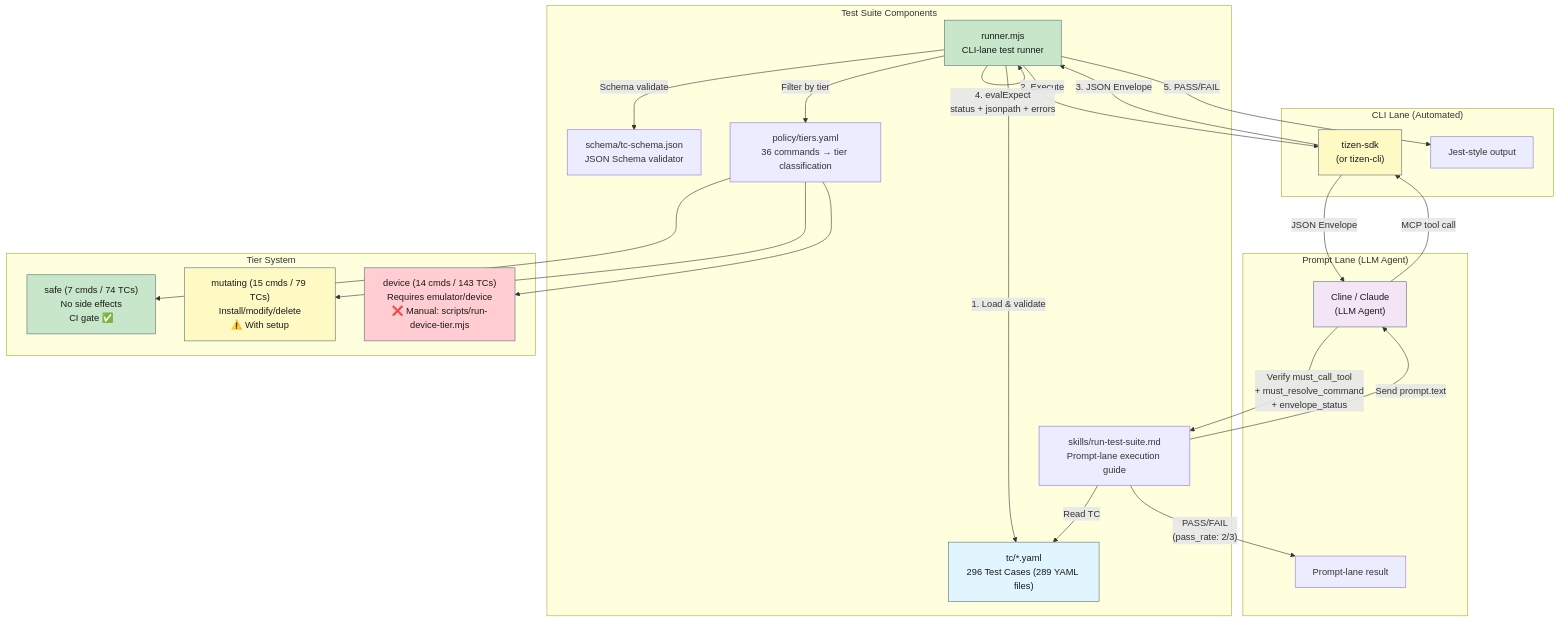
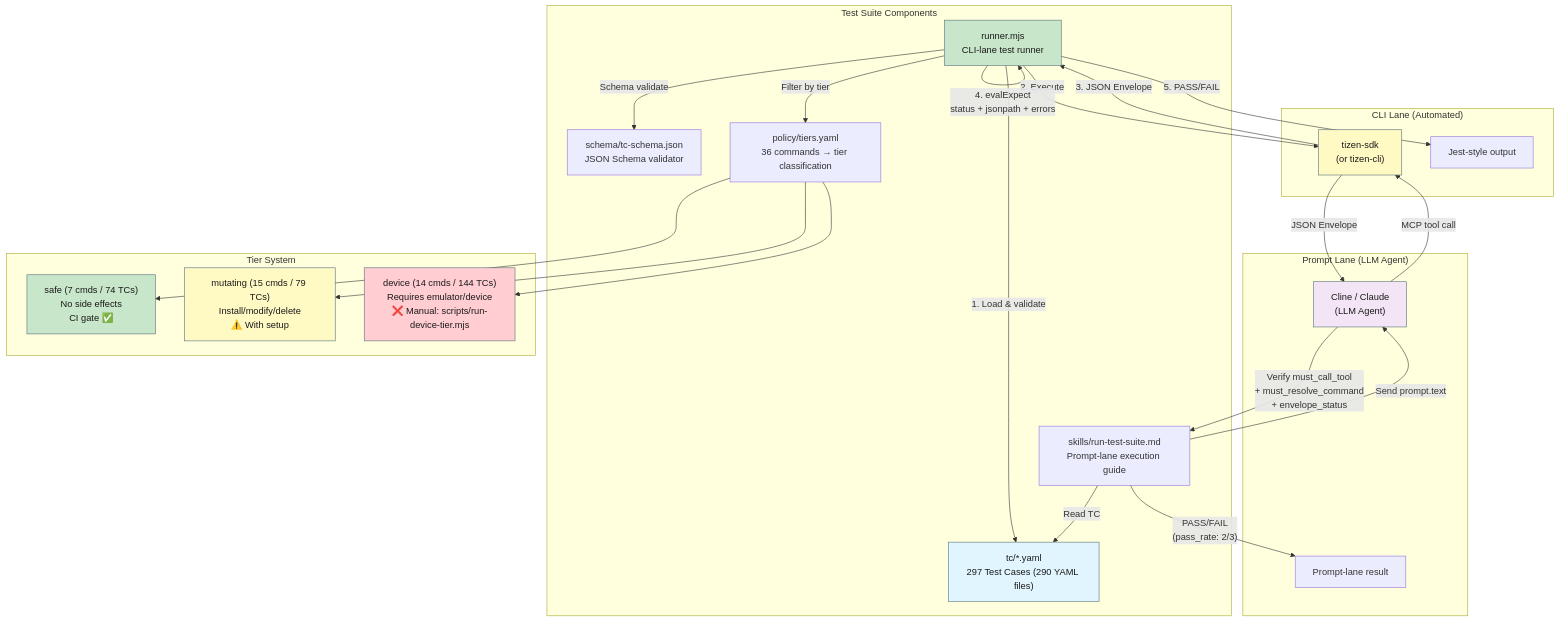
One commit to Samsung/tizen-agent-skills changed the first of 4 diagrams in tizen-sdk-skills/tests/README.md. Above: the diagram before and after it, drawn with Mermaid. The commit also changed other lines of this file and 9 other files, not shown here.

First line of the commit message:
test(tizen-sdk-skills): add a device-manager --action list TC and trim the state list

````diff
--- a/tizen-sdk-skills/tests/README.md
+++ b/tizen-sdk-skills/tests/README.md
@@ -11,46 +11,46 @@
 ```mermaid
 graph TB
     subgraph "Test Suite Components"
-        TC["tc/*.yaml<br/>296 Test Cases (289 YAML files)"]
+        TC["tc/*.yaml<br/>297 Test Cases (290 YAML files)"]
         SCHEMA["schema/tc-schema.json<br/>JSON Schema validator"]
         POLICY["policy/tiers.yaml<br/>36 commands → tier classification"]
         RUNNER["runner.mjs<br/>CLI-lane test runner"]
         SKILLS["skills/run-test-suite.md<br/>Prompt-lane execution guide"]
     end
 
     subgraph "CLI Lane (Automated)"
         RUNNER -->|"1. Load & validate"| TC
         RUNNER -->|"Schema validate"| SCHEMA
         RUNNER -->|"Filter by tier"| POLICY
         RUNNER -->|"2. Execute"| PLUGIN["tizen-sdk<br/>(or tizen-cli)"]
         PLUGIN -->|"3. JSON Envelope"| RUNNER
         RUNNER -->|"4. evalExpect<br/>status + jsonpath + errors"| RUNNER
         RUNNER -->|"5. PASS/FAIL"| RESULT["Jest-style output"]
     end
 
     subgraph "Prompt Lane (LLM Agent)"
         SKILLS -->|"Read TC"| TC
         SKILLS -->|"Send prompt.text"| LLM["Cline / Claude<br/>(LLM Agent)"]
         LLM -->|"MCP tool call"| PLUGIN
         PLUGIN -->|"JSON Envelope"| LLM
         LLM -->|"Verify must_call_tool<br/>+ must_resolve_command<br/>+ envelope_status"| SKILLS
         SKILLS -->|"PASS/FAIL<br/>(pass_rate: 2/3)"| RESULT2["Prompt-lane result"]
     end
 
     subgraph "Tier System"
         SAFE["safe (7 cmds / 74 TCs)<br/>No side effects<br/>CI gate ✅"]
         MUTATING["mutating (15 cmds / 79 TCs)<br/>Install/modify/delete<br/>⚠️ With setup"]
-        DEVICE["device (14 cmds / 143 TCs)<br/>Requires emulator/device<br/>❌ Manual: scripts/run-device-tier.mjs"]
+        DEVICE["device (14 cmds / 144 TCs)<br/>Requires emulator/device<br/>❌ Manual: scripts/run-device-tier.mjs"]
         POLICY --> SAFE
         POLICY --> MUTATING
         POLICY --> DEVICE
     end
 
     style TC fill:#e1f5fe,stroke:#546e7a,color:#1a1a1a
     style RUNNER fill:#c8e6c9,stroke:#546e7a,color:#1a1a1a
     style PLUGIN fill:#fff9c4,stroke:#546e7a,color:#1a1a1a
     style LLM fill:#f3e5f5,stroke:#546e7a,color:#1a1a1a
     style SAFE fill:#c8e6c9,stroke:#546e7a,color:#1a1a1a
     style MUTATING fill:#fff9c4,stroke:#546e7a,color:#1a1a1a
     style DEVICE fill:#ffcdd2,stroke:#546e7a,color:#1a1a1a
 ```
````
